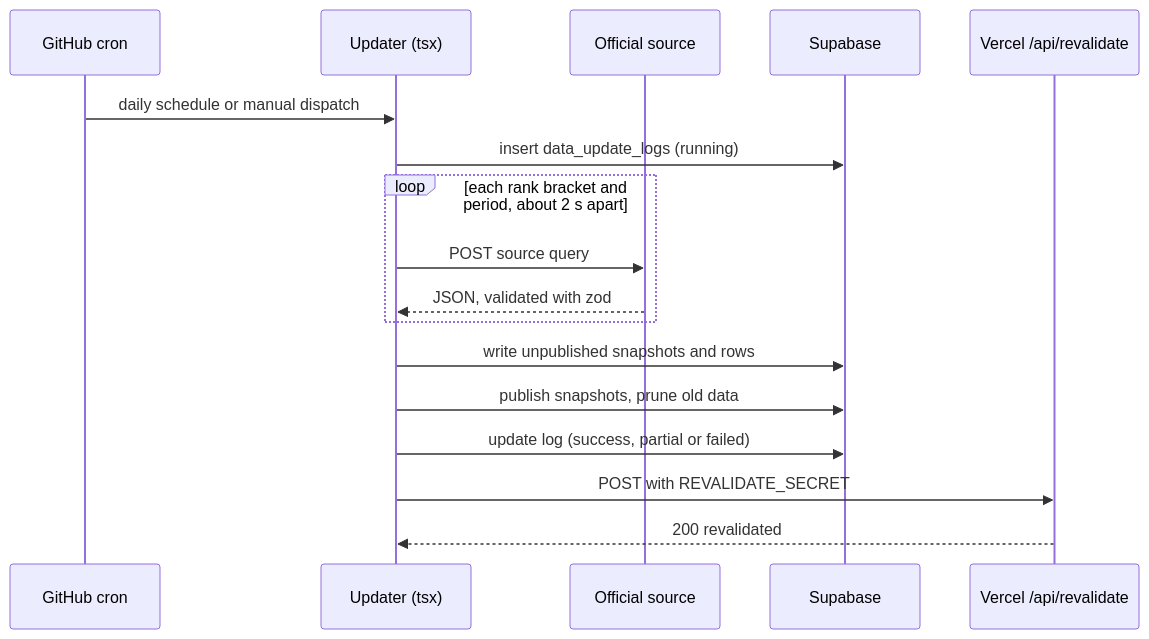
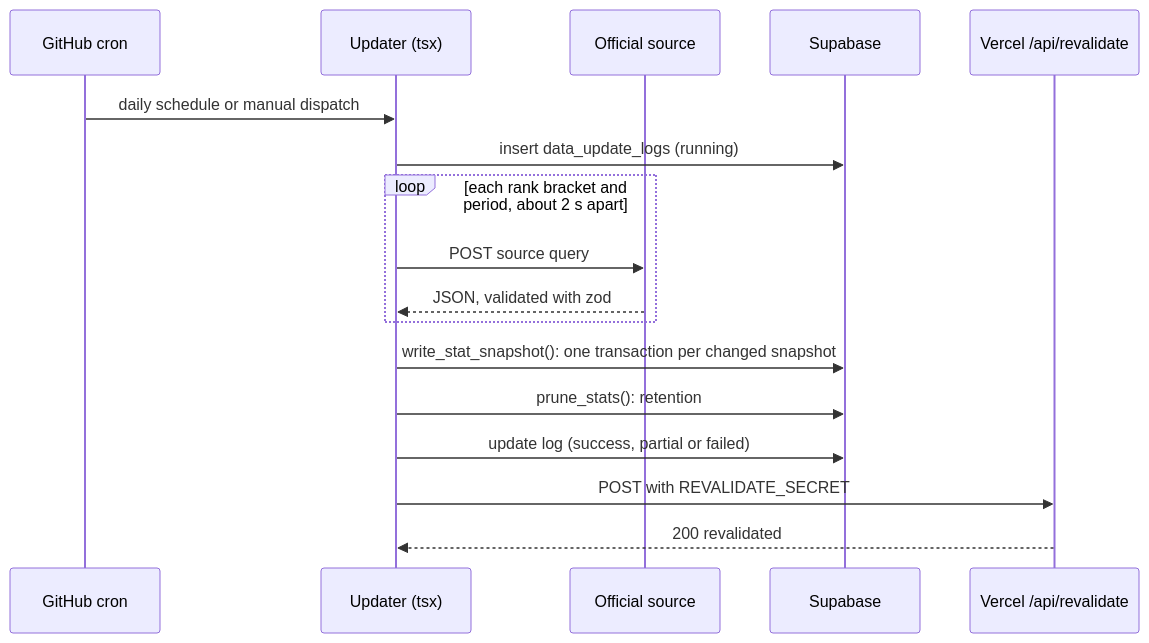
One commit to Vonfring/meta-pick-mlbb changed the third of 3 diagrams in docs/architecture.md. Above: the diagram before and after it, drawn with Mermaid. The commit also changed other lines of this file and 26 other files, not shown here.

````diff
--- a/docs/architecture.md
+++ b/docs/architecture.md
@@ -87,19 +87,19 @@
 ```mermaid
 sequenceDiagram
     participant C as GitHub cron
     participant U as Updater (tsx)
     participant O as Official source
     participant S as Supabase
     participant V as Vercel /api/revalidate
     C->>U: daily schedule or manual dispatch
     U->>S: insert data_update_logs (running)
     loop each rank bracket and period, about 2 s apart
         U->>O: POST source query
         O-->>U: JSON, validated with zod
     end
-    U->>S: write unpublished snapshots and rows
-    U->>S: publish snapshots, prune old data
+    U->>S: write_stat_snapshot(): one transaction per changed snapshot
+    U->>S: prune_stats(): retention
     U->>S: update log (success, partial or failed)
     U->>V: POST with REVALIDATE_SECRET
     V-->>U: 200 revalidated
 ```
````
